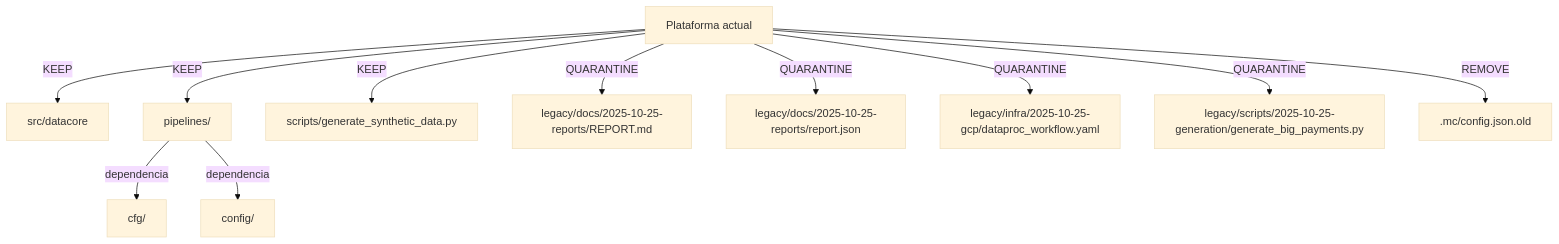
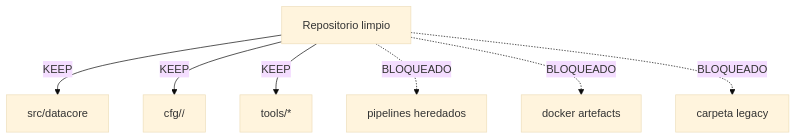
The diagram in docs/diagrams/deps_cleanup.md (Prospect121/mvp-config-driven), drawn with Mermaid (base theme) before and after one commit. The commit also changed other lines of this file and 61 other files, not shown here.

Commit message:
Purge legacy pipelines and Docker artifacts

````diff
--- a/docs/diagrams/deps_cleanup.md
+++ b/docs/diagrams/deps_cleanup.md
@@ -11,13 +12,9 @@
 ```mermaid
 graph TD
-    A[Plataforma actual] -->|KEEP| B[src/datacore]
-    A -->|KEEP| C[pipelines/]
-    A -->|KEEP| D[scripts/generate_synthetic_data.py]
-    A -->|QUARANTINE| L1[legacy/docs/2025-10-25-reports/REPORT.md]
-    A -->|QUARANTINE| L2[legacy/docs/2025-10-25-reports/report.json]
-    A -->|QUARANTINE| L3[legacy/infra/2025-10-25-gcp/dataproc_workflow.yaml]
-    A -->|QUARANTINE| L4[legacy/scripts/2025-10-25-generation/generate_big_payments.py]
-    A -->|REMOVE| H[.mc/config.json.old]
-    C -->|dependencia| I[cfg/]
-    C -->|dependencia| J[config/]
+    A[Repositorio limpio] -->|KEEP| B[src/datacore]
+    A -->|KEEP| C[cfg/<layer>/]
+    A -->|KEEP| D[tools/*]
+    A -.->|BLOQUEADO| X[pipelines heredados]
+    A -.->|BLOQUEADO| Y[docker artefacts]
+    A -.->|BLOQUEADO| Z[carpeta legacy]
 ```
````
